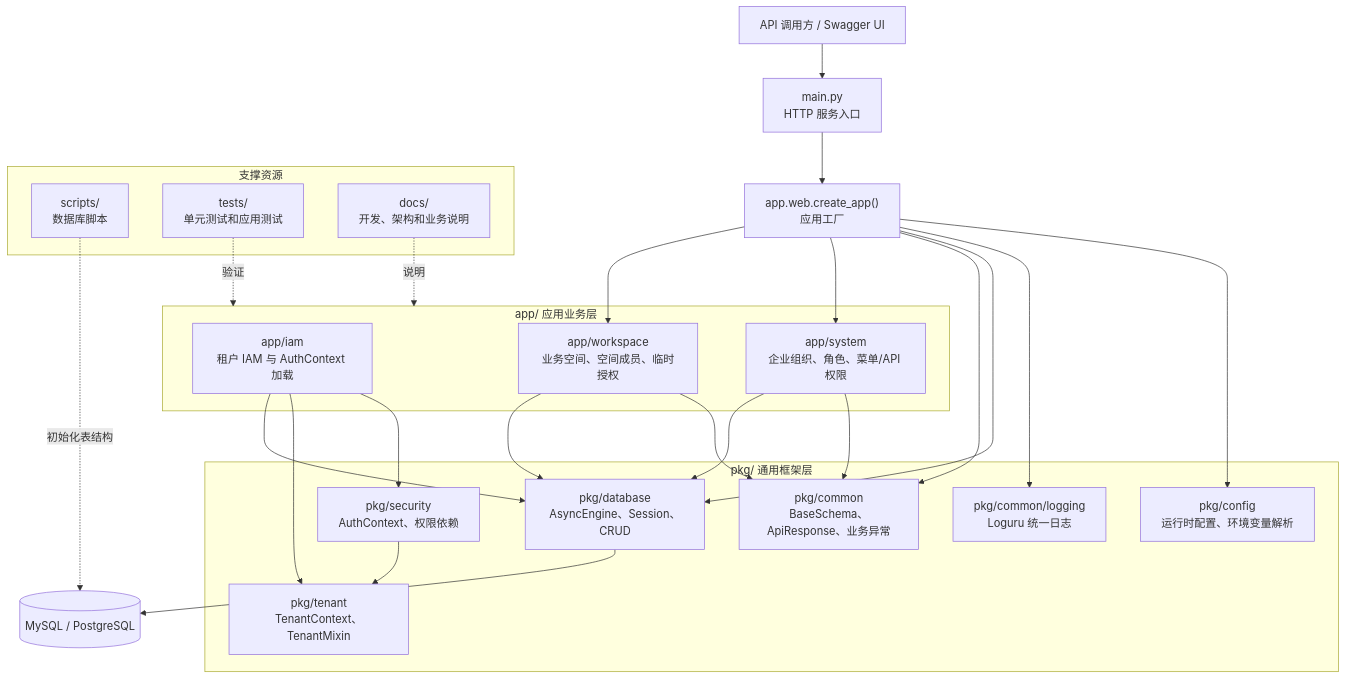
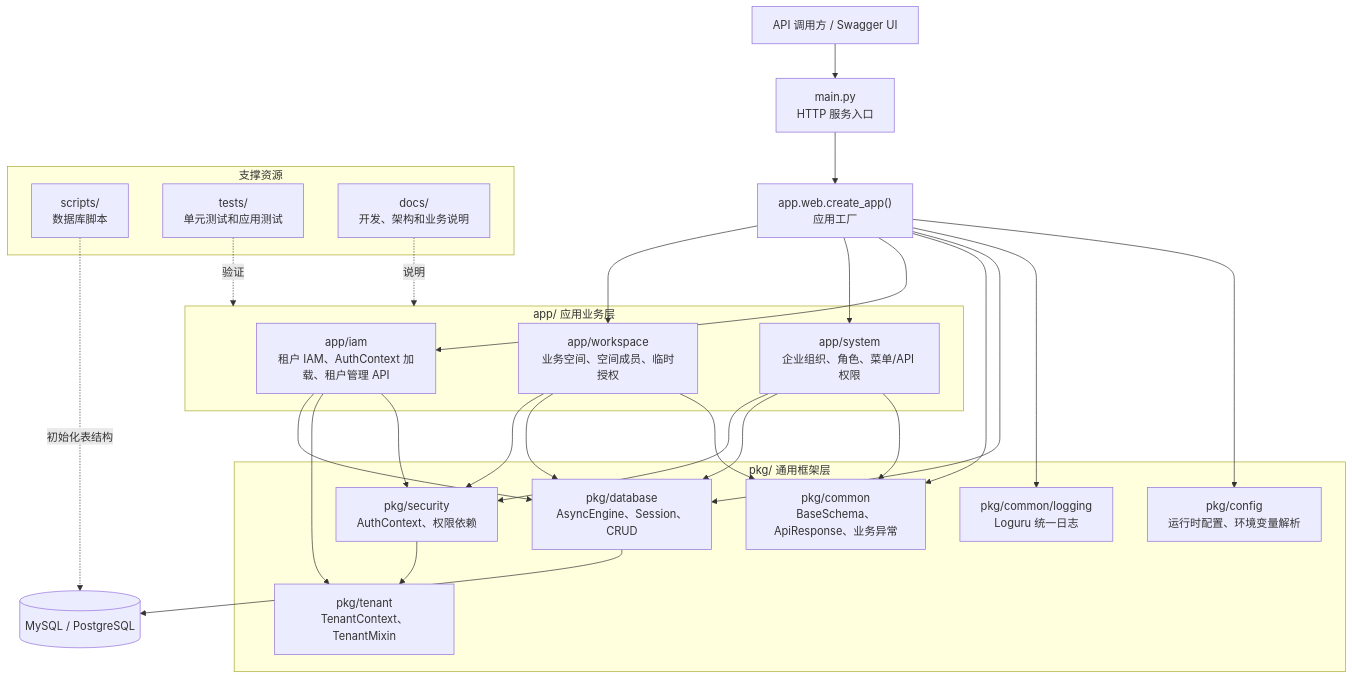
One commit to PZh101/PythonBase changed the first of 8 diagrams in docs/ARCHITECTURE.md. Above: the diagram before and after it, drawn with Mermaid. The commit also changed other lines of this file and 3 other files, not shown here.

````diff
--- a/docs/ARCHITECTURE.md
+++ b/docs/ARCHITECTURE.md
@@ -18,49 +18,52 @@
 ```mermaid
 flowchart TB
     Client["API 调用方 / Swagger UI"]
     Main["main.py<br/>HTTP 服务入口"]
     Web["app.web.create_app()<br/>应用工厂"]
 
     subgraph App["app/ 应用业务层"]
-        IAM["app/iam<br/>租户 IAM 与 AuthContext 加载"]
+        IAM["app/iam<br/>租户 IAM、AuthContext 加载、租户管理 API"]
         System["app/system<br/>企业组织、角色、菜单/API 权限"]
         Workspace["app/workspace<br/>业务空间、空间成员、临时授权"]
     end
 
     subgraph Pkg["pkg/ 通用框架层"]
         Common["pkg/common<br/>BaseSchema、ApiResponse、业务异常"]
         Logging["pkg/common/logging<br/>Loguru 统一日志"]
         Config["pkg/config<br/>运行时配置、环境变量解析"]
         Database["pkg/database<br/>AsyncEngine、Session、CRUD"]
         Security["pkg/security<br/>AuthContext、权限依赖"]
         Tenant["pkg/tenant<br/>TenantContext、TenantMixin"]
     end
 
     subgraph Support["支撑资源"]
         Scripts["scripts/<br/>数据库脚本"]
         Tests["tests/<br/>单元测试和应用测试"]
         Docs["docs/<br/>开发、架构和业务说明"]
     end
 
     DB[("MySQL / PostgreSQL")]
 
     Client --> Main --> Web
     Web --> Config
     Web --> Logging
     Web --> Database
     Web --> Common
+    Web --> IAM
     Web --> System
     Web --> Workspace
     IAM --> Security
     IAM --> Tenant
     IAM --> Database
     System --> Common
     System --> Database
+    System --> Security
     Workspace --> Common
     Workspace --> Database
+    Workspace --> Security
     Security --> Tenant
     Database --> DB
     Scripts -. 初始化表结构 .-> DB
     Tests -. 验证 .-> App
     Docs -. 说明 .-> App
 ```
````
